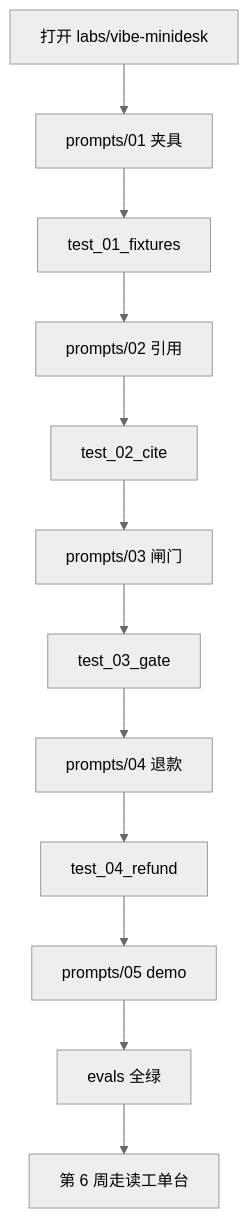
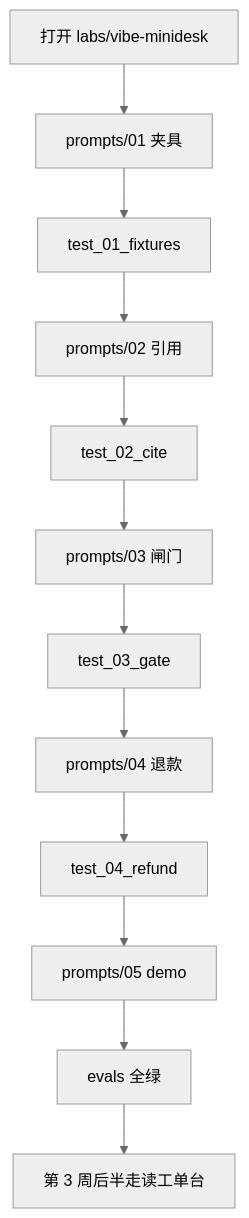
One commit to SabreKeyZ/agent-xuetang changed the diagram in docs/weeks/vibe.md. Above: the diagram before and after it, drawn with Mermaid (neutral theme). The commit also changed other lines of this file and 23 other files, not shown here.

````diff
--- a/docs/weeks/vibe.md
+++ b/docs/weeks/vibe.md
@@ -42,14 +44,14 @@
 ```mermaid
 flowchart TB
   OPEN["打开 labs/vibe-minidesk"] --> P1["prompts/01 夹具"]
   P1 --> E1["test_01_fixtures"]
   E1 --> P2["prompts/02 引用"]
   P2 --> E2["test_02_cite"]
   E2 --> P3["prompts/03 闸门"]
   P3 --> E3["test_03_gate"]
   E3 --> P4["prompts/04 退款"]
   P4 --> E4["test_04_refund"]
   E4 --> P5["prompts/05 demo"]
   P5 --> E5["evals 全绿"]
-  E5 --> W6["第 6 周走读工单台"]
+  E5 --> W6["第 3 周后半走读工单台"]
 ```
````
